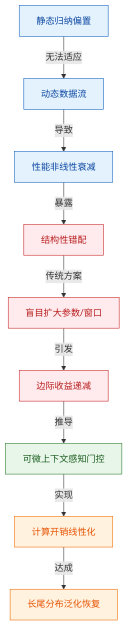
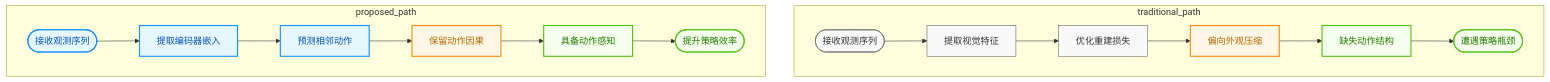
Before and after one commit to ShinewineW/paper-rolling: the first of 10 diagrams in person_vault/2026-06-08_EnhancingPolicyLearningWithWorldActionModel_2603.28955/report.md, drawn with Mermaid. The commit also changed other lines of this file and 51 other files, not shown here.

````diff
--- a/person_vault/2026-06-08_EnhancingPolicyLearningWithWorldActionModel_2603.28955/report.md
+++ b/person_vault/2026-06-08_EnhancingPolicyLearningWithWorldActionModel_2603.28955/report.md
@@ -42,16 +48,28 @@
 ```mermaid
-flowchart TB
-    classDef obs fill:#e3f2fd,stroke:#1565c0,color:#0d47a1;
-    classDef gap fill:#ffebee,stroke:#c62828,color:#b71c1c;
-    classDef insight fill:#e8f5e9,stroke:#2e7d32,color:#1b5e20;
-    classDef design fill:#fff3e0,stroke:#ef6c00,color:#e65100;
+flowchart TD
+    classDef obs fill:#f9f9f9,stroke:#666,stroke-width:1px,color:#333;
+    classDef act fill:#e6f7ff,stroke:#1890ff,stroke-width:2px,color:#0050b3;
+    classDef latent fill:#fff7e6,stroke:#fa8c16,stroke-width:2px,color:#ad6800;
+    classDef policy fill:#f6ffed,stroke:#52c41a,stroke-width:2px,color:#237804;
 
-    static_prior["静态归纳偏置"]:::obs -->|无法适应| dynamic_flow["动态数据流"]:::obs
-    dynamic_flow -->|导致| perf_drop["性能非线性衰减"]:::obs
-    perf_drop -->|暴露| structural_mismatch["结构性错配"]:::gap
-    structural_mismatch -->|传统方案| scale_params["盲目扩大参数/窗口"]:::gap
-    scale_params -->|引发| marginal_gain["边际收益递减"]:::gap
-    marginal_gain -->|推导| dynamic_gate["可微上下文感知门控"]:::insight
-    dynamic_gate -->|实现| linear_cost["计算开销线性化"]:::design
-    linear_cost -->|达成| robust_generalization["长尾分布泛化恢复"]:::design
+    subgraph traditional_path
+        t1(["接收观测序列"]) --> t2["提取视觉特征"]
+        t2 --> t3["优化重建损失"]
+        t3 --> t4["偏向外观压缩"]
+        t4 --> t5["缺失动作结构"]
+        t5 --> t6(["遭遇策略瓶颈"])
+    end
+
+    subgraph proposed_path
+        p1(["接收观测序列"]) --> p2["提取编码器嵌入"]
+        p2 --> p3["预测相邻动作"]
+        p3 --> p4["保留动作因果"]
+        p4 --> p5["具备动作感知"]
+        p5 --> p6(["提升策略效率"])
+    end
+
+    class t1,t2,t3,t4,t5,t6 obs;
+    class p1,p2,p3,p4,p5,p6 act;
+    class t4,p4 latent;
+    class t5,t6,p5,p6 policy;
 ```
````
